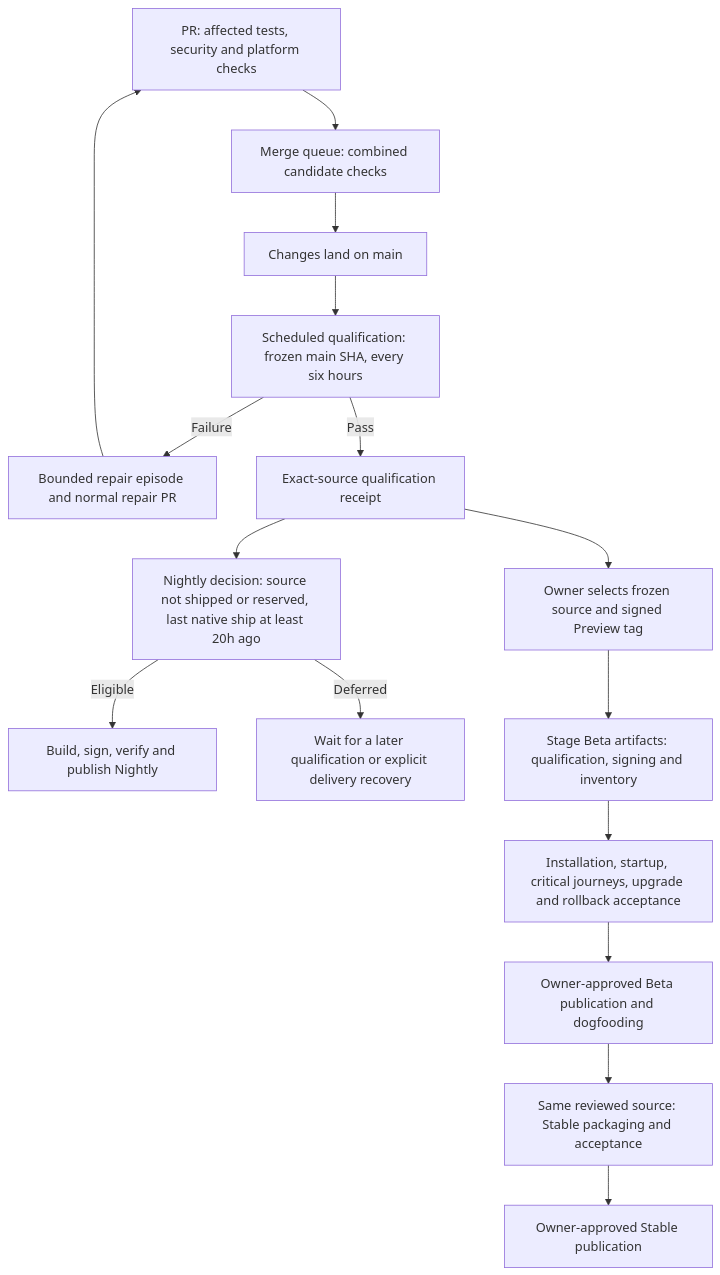
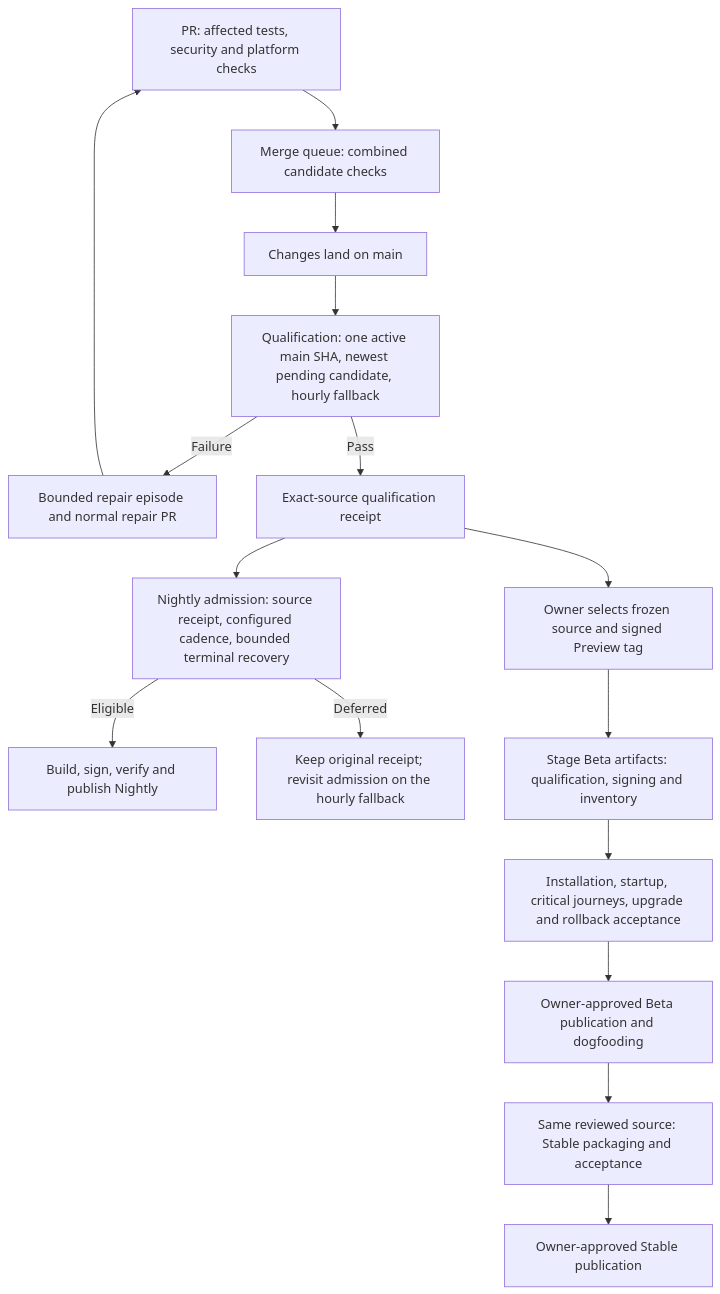
Before and after one commit to kontourai/station: the first of 2 diagrams in docs/guides/releasing.md, drawn with Mermaid. The commit also changed other lines of this file and 19 other files, not shown here.

Commit message:
feat(ci): consolidate faster qualified Nightly delivery and recovery

````diff
--- a/docs/guides/releasing.md
+++ b/docs/guides/releasing.md
@@ -13,18 +13,18 @@
 ```mermaid
 flowchart TD
     PR["PR: affected tests, security and platform checks"] --> MQ["Merge queue: combined candidate checks"]
     MQ --> MAIN["Changes land on main"]
-    MAIN --> Q["Scheduled qualification: frozen main SHA, every six hours"]
+    MAIN --> Q["Qualification: one active main SHA, newest pending candidate, hourly fallback"]
     Q -->|Failure| REPAIR["Bounded repair episode and normal repair PR"]
     REPAIR --> PR
     Q -->|Pass| RECEIPT["Exact-source qualification receipt"]
-    RECEIPT --> DECIDE["Nightly decision: source not shipped or reserved, last native ship at least 20h ago"]
+    RECEIPT --> DECIDE["Nightly admission: source receipt, configured cadence, bounded terminal recovery"]
     DECIDE -->|Eligible| NIGHTLY["Build, sign, verify and publish Nightly"]
-    DECIDE -->|Deferred| WAIT["Wait for a later qualification or explicit delivery recovery"]
+    DECIDE -->|Deferred| WAIT["Keep original receipt; revisit admission on the hourly fallback"]
     RECEIPT --> PREVIEW["Owner selects frozen source and signed Preview tag"]
     PREVIEW --> STAGE["Stage Beta artifacts: qualification, signing and inventory"]
     STAGE --> ACCEPT["Installation, startup, critical journeys, upgrade and rollback acceptance"]
     ACCEPT --> BETA["Owner-approved Beta publication and dogfooding"]
     BETA --> STABLE["Same reviewed source: Stable packaging and acceptance"]
     STABLE --> PUBLISH["Owner-approved Stable publication"]
 ```
````
